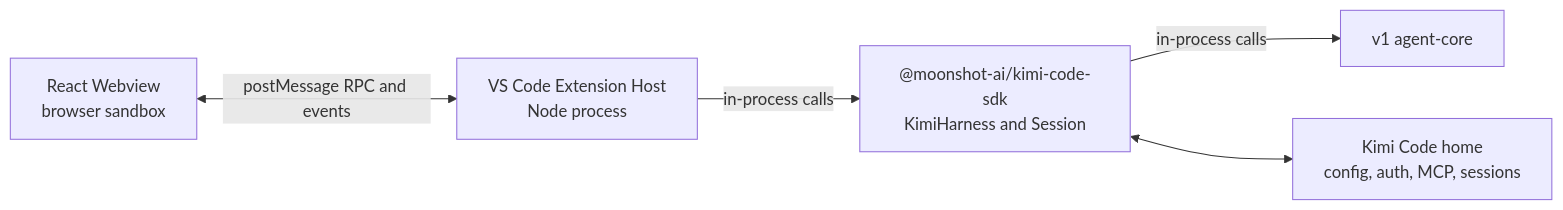
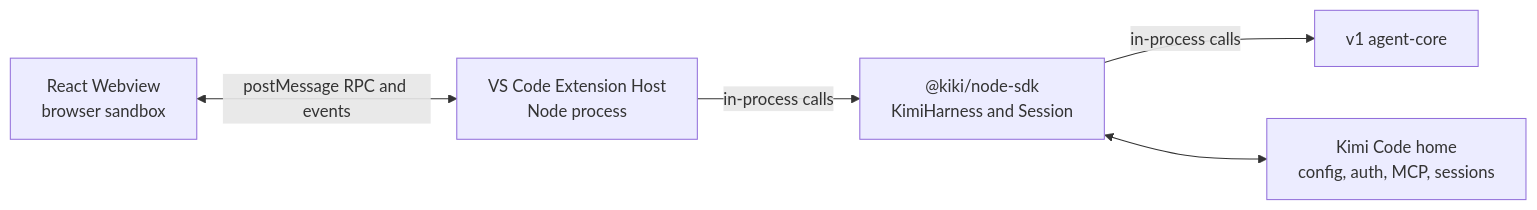
Before and after one commit to X-T-E-R/kiki: the diagram in apps/vscode/docs/node-sdk-migration.md, drawn with Mermaid. The commit also changed other lines of this file and 870 other files, not shown here.

````diff
--- a/apps/vscode/docs/node-sdk-migration.md
+++ b/apps/vscode/docs/node-sdk-migration.md
@@ -57,13 +57,13 @@
 ```mermaid
 flowchart LR
   UI["React Webview<br/>browser sandbox"]
   Host["VS Code Extension Host<br/>Node process"]
-  SDK["@moonshot-ai/kimi-code-sdk<br/>KimiHarness and Session"]
+  SDK["@kiki/node-sdk<br/>KimiHarness and Session"]
   Core["v1 agent-core"]
   Home["Kimi Code home<br/>config, auth, MCP, sessions"]
 
   UI <-->|"postMessage RPC and events"| Host
   Host -->|"in-process calls"| SDK
   SDK -->|"in-process calls"| Core
   SDK <--> Home
 ```
````
